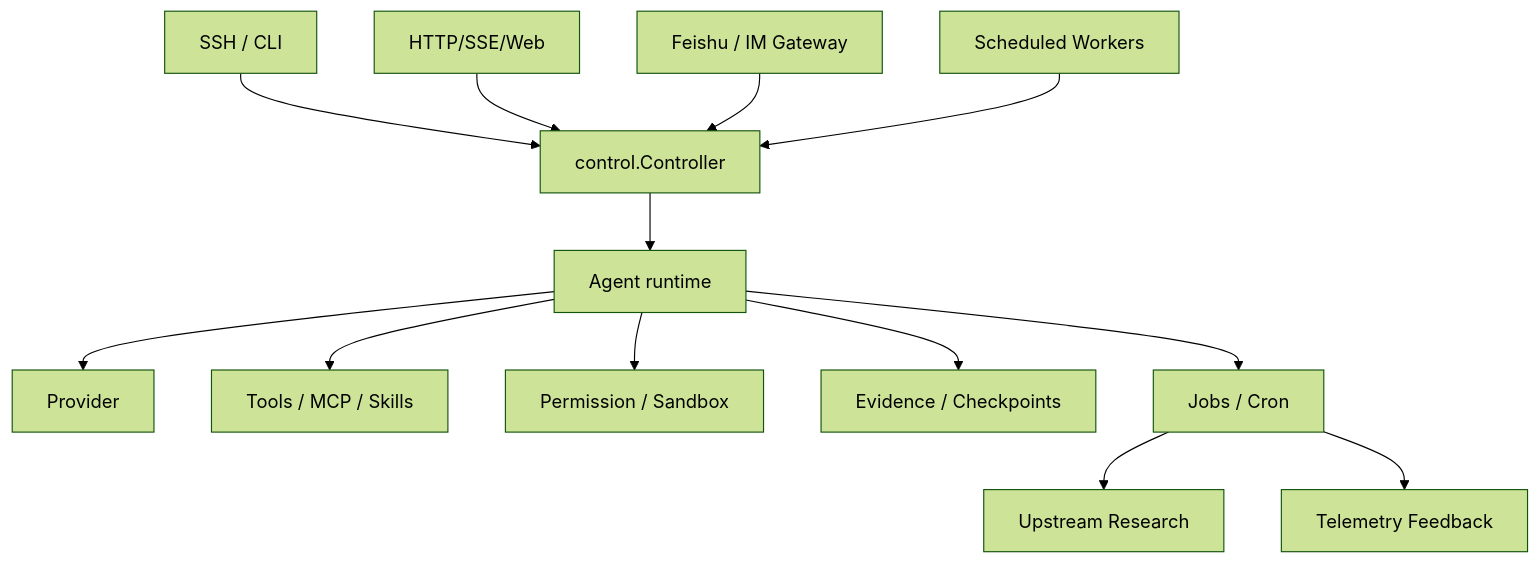
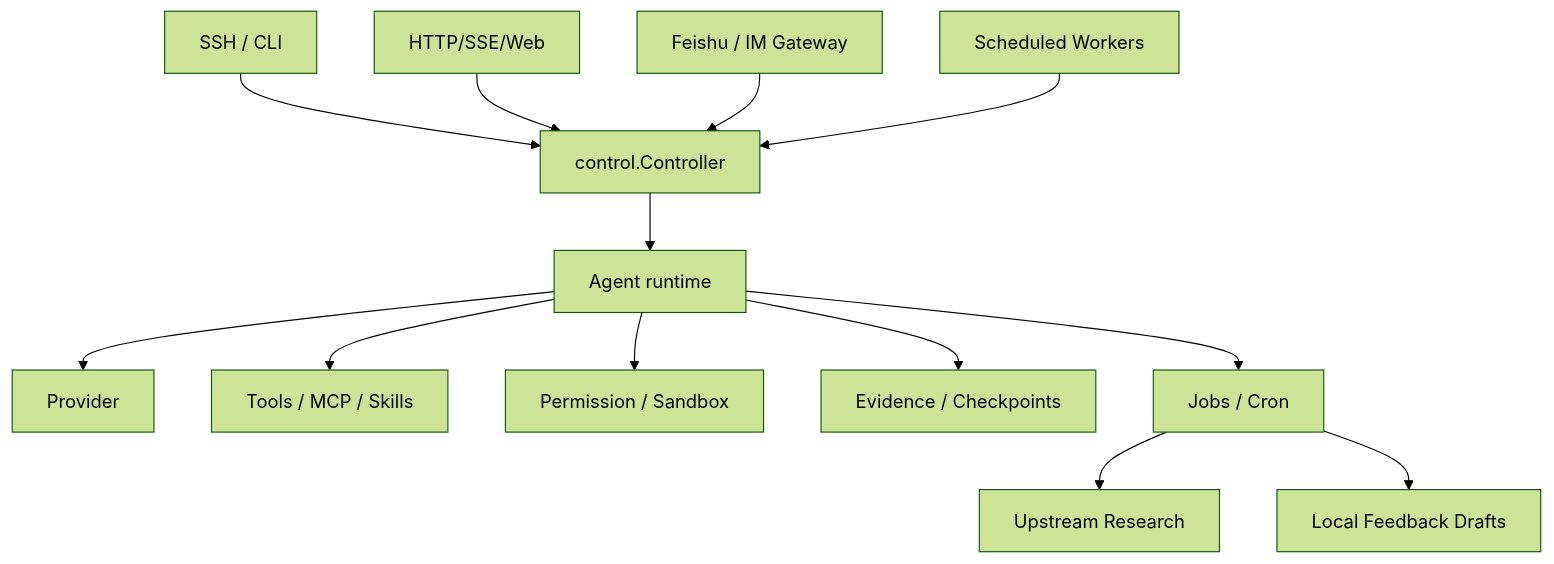
One commit to Ebonyhtx/reames-agent changed the diagram in docs/CLOUD_AGENT_PLAN.md. Above: the diagram before and after it, drawn with Mermaid (forest theme). The commit also changed other lines of this file and 90 other files, not shown here.

````diff
--- a/docs/CLOUD_AGENT_PLAN.md
+++ b/docs/CLOUD_AGENT_PLAN.md
@@ -150,15 +149,15 @@
 ```mermaid
 flowchart TD
   U1["SSH / CLI"] --> C["control.Controller"]
   U2["HTTP/SSE/Web"] --> C
   U3["Feishu / IM Gateway"] --> C
   U4["Scheduled Workers"] --> C
   C --> A["Agent runtime"]
   A --> P["Provider"]
   A --> T["Tools / MCP / Skills"]
   A --> PERM["Permission / Sandbox"]
   A --> E["Evidence / Checkpoints"]
   A --> J["Jobs / Cron"]
   J --> UP["Upstream Research"]
-  J --> FB["Telemetry Feedback"]
+  J --> FB["Local Feedback Drafts"]
 ```
````
